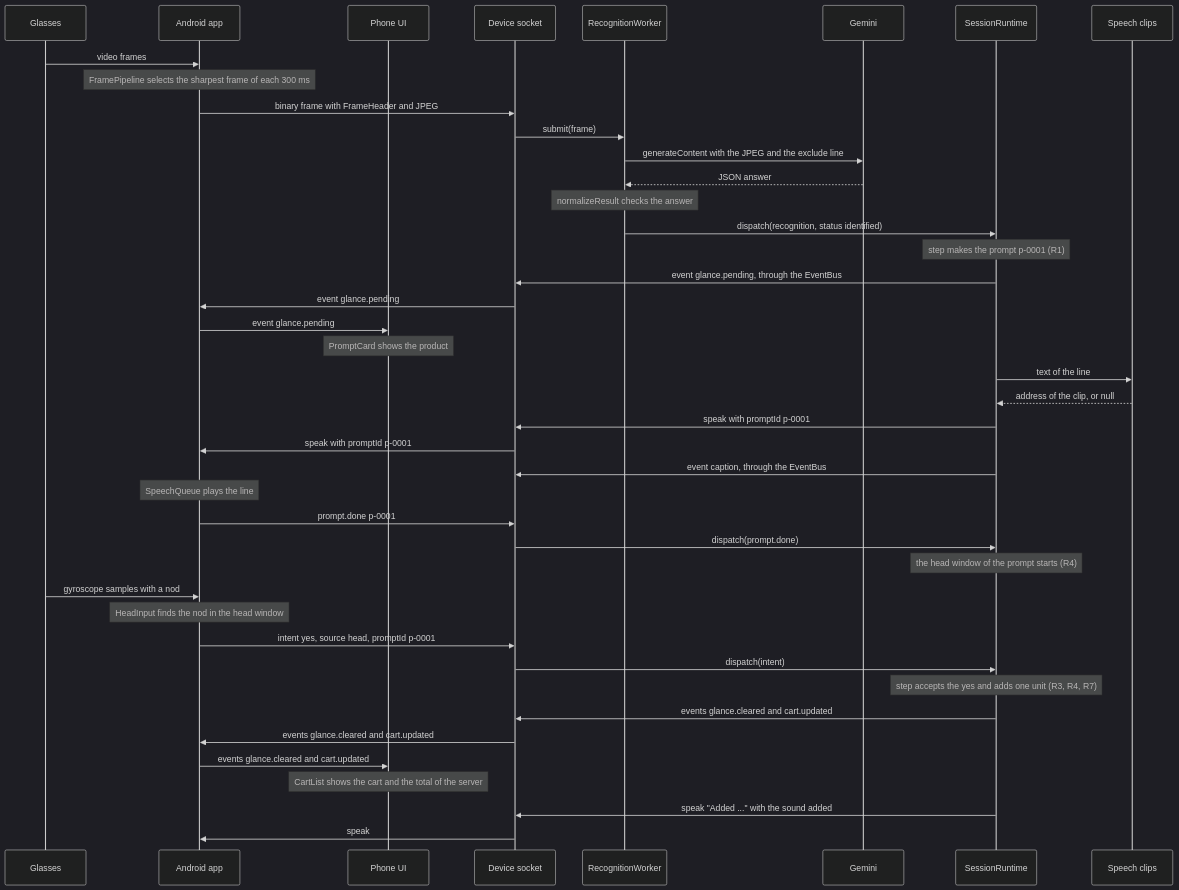
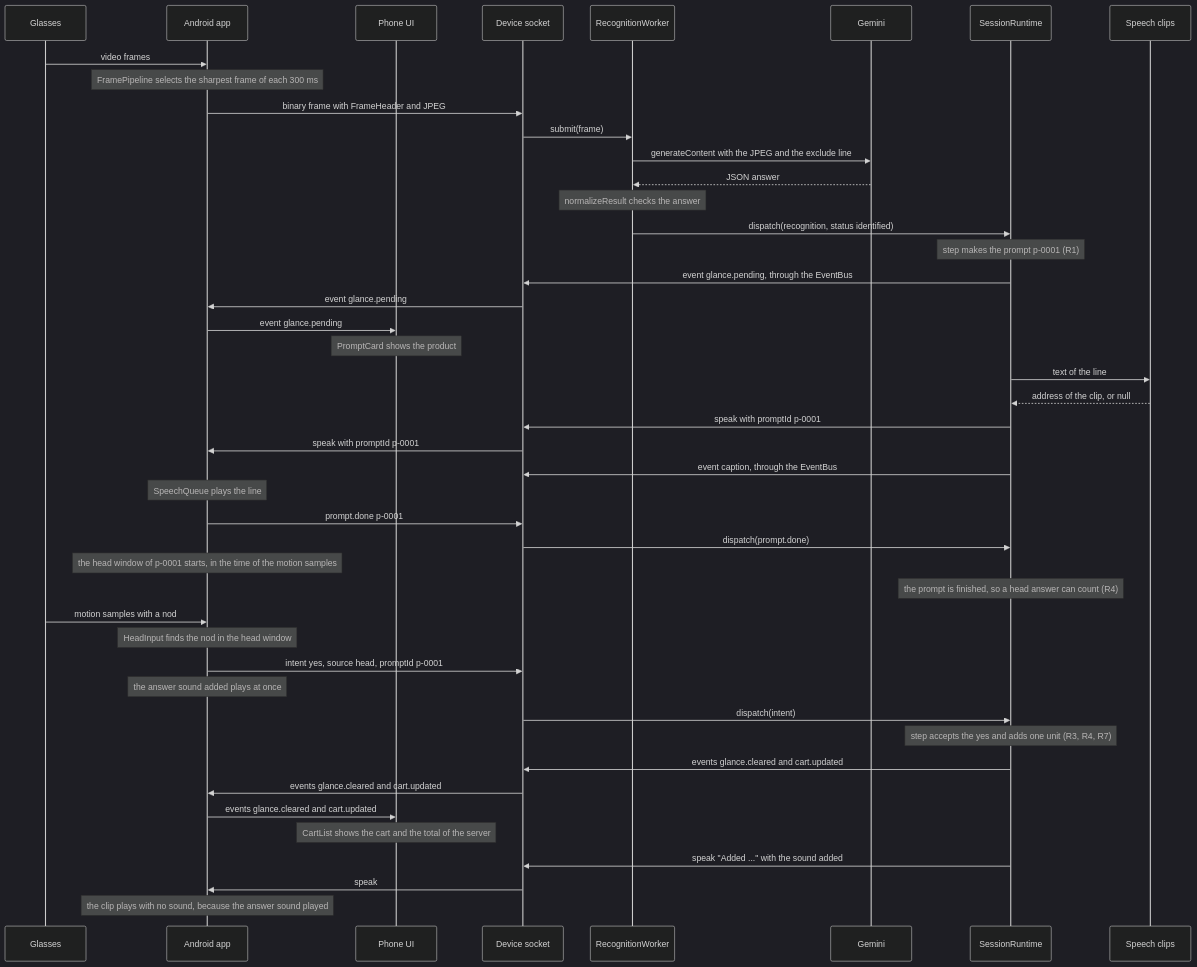
The second of 13 diagrams in docs/architecture.md (mrBymax/glance), drawn with Mermaid (dark theme) before and after one commit. The commit also changed other lines of this file and 3 other files, not shown here.

First line of the commit message:
docs: describe the head answer after a stall and the one answer sound

````diff
--- a/docs/architecture.md
+++ b/docs/architecture.md
@@ -135,45 +135,48 @@
 ```mermaid
 sequenceDiagram
   participant Glasses
   participant App as Android app
   participant Page as Phone UI
   participant Socket as Device socket
   participant Worker as RecognitionWorker
   participant Gemini
   participant Runtime as SessionRuntime
   participant Clips as Speech clips
 
   Glasses->>App: video frames
   Note over App: FramePipeline selects the sharpest frame of each 300 ms
   App->>Socket: binary frame with FrameHeader and JPEG
   Socket->>Worker: submit(frame)
   Worker->>Gemini: generateContent with the JPEG and the exclude line
   Gemini-->>Worker: JSON answer
   Note over Worker: normalizeResult checks the answer
   Worker->>Runtime: dispatch(recognition, status identified)
   Note over Runtime: step makes the prompt p-0001 (R1)
   Runtime->>Socket: event glance.pending, through the EventBus
   Socket->>App: event glance.pending
   App->>Page: event glance.pending
   Note over Page: PromptCard shows the product
   Runtime->>Clips: text of the line
   Clips-->>Runtime: address of the clip, or null
   Runtime->>Socket: speak with promptId p-0001
   Socket->>App: speak with promptId p-0001
   Runtime->>Socket: event caption, through the EventBus
   Note over App: SpeechQueue plays the line
   App->>Socket: prompt.done p-0001
   Socket->>Runtime: dispatch(prompt.done)
-  Note over Runtime: the head window of the prompt starts (R4)
-  Glasses->>App: gyroscope samples with a nod
+  Note over App: the head window of p-0001 starts, in the time of the motion samples
+  Note over Runtime: the prompt is finished, so a head answer can count (R4)
+  Glasses->>App: motion samples with a nod
   Note over App: HeadInput finds the nod in the head window
   App->>Socket: intent yes, source head, promptId p-0001
+  Note over App: the answer sound added plays at once
   Socket->>Runtime: dispatch(intent)
   Note over Runtime: step accepts the yes and adds one unit (R3, R4, R7)
   Runtime->>Socket: events glance.cleared and cart.updated
   Socket->>App: events glance.cleared and cart.updated
   App->>Page: events glance.cleared and cart.updated
   Note over Page: CartList shows the cart and the total of the server
   Runtime->>Socket: speak "Added ..." with the sound added
   Socket->>App: speak
+  Note over App: the clip plays with no sound, because the answer sound played
 ```
````
